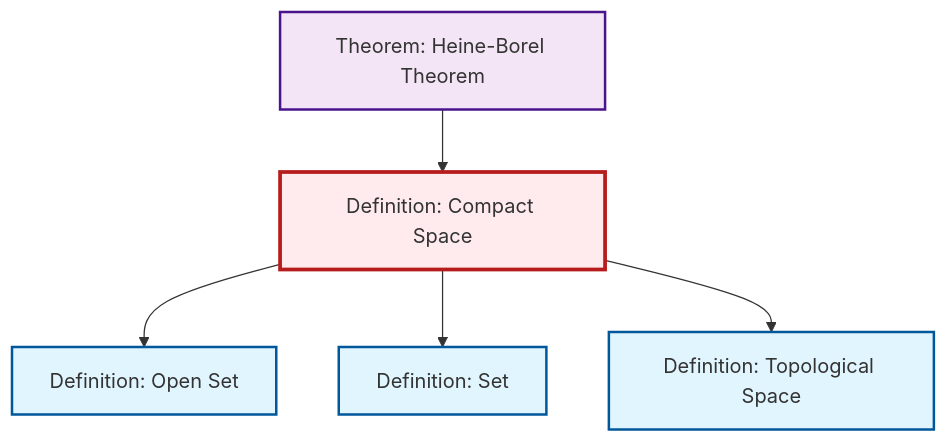
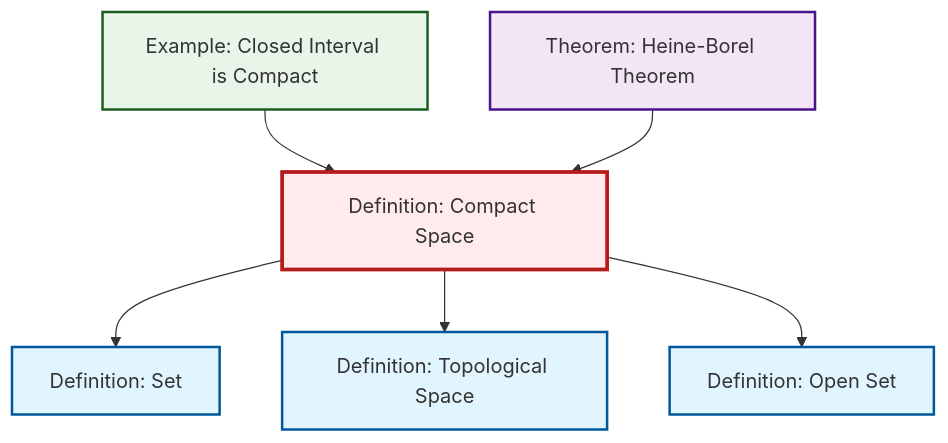
One commit to RK0429/ModernMath changed the diagram in content/en/topology/def-compact.qmd. Above: the diagram before and after it, drawn with Mermaid. The commit also changed other lines of this file and 203 other files, not shown here.

````diff
--- a/content/en/topology/def-compact.qmd
+++ b/content/en/topology/def-compact.qmd
@@ -47,24 +47,21 @@
 ```{mermaid}
 %%| fig-cap: "Local dependency graph"
 graph TD
     classDef definition fill:#e1f5fe,stroke:#01579b,stroke-width:2px
     classDef theorem fill:#f3e5f5,stroke:#4a148c,stroke-width:2px
     classDef axiom fill:#fff3e0,stroke:#e65100,stroke-width:2px
     classDef example fill:#e8f5e9,stroke:#1b5e20,stroke-width:2px
     classDef current fill:#ffebee,stroke:#b71c1c,stroke-width:3px
-    thm-heine-borel["Theorem: Heine-Borel Theorem"]:::theorem
+    def-topological-space["Definition: Topological Space"]:::definition
+    def-open-set["Definition: Open Set"]:::definition
+    ex-closed-interval-compact["Example: Closed Interval is Compact"]:::example
     def-set["Definition: Set"]:::definition
     def-compact["Definition: Compact Space"]:::definition
-    def-open-set["Definition: Open Set"]:::definition
-    def-topological-space["Definition: Topological Space"]:::definition
-    def-compact --> def-open-set
+    thm-heine-borel["Theorem: Heine-Borel Theorem"]:::theorem
     def-compact --> def-set
     def-compact --> def-topological-space
+    ex-closed-interval-compact --> def-compact
+    def-compact --> def-open-set
     thm-heine-borel --> def-compact
     class def-compact current
-
-    click thm-heine-borel "thm-heine-borel.html" "Go to Heine-Borel Theorem theorem"
-    click def-set "def-set.html" "Go to Set definition"
-    click def-open-set "def-open-set.html" "Go to Open Set definition"
-    click def-topological-space "def-topological-space.html" "Go to Topological Space definition"
 ```
````
